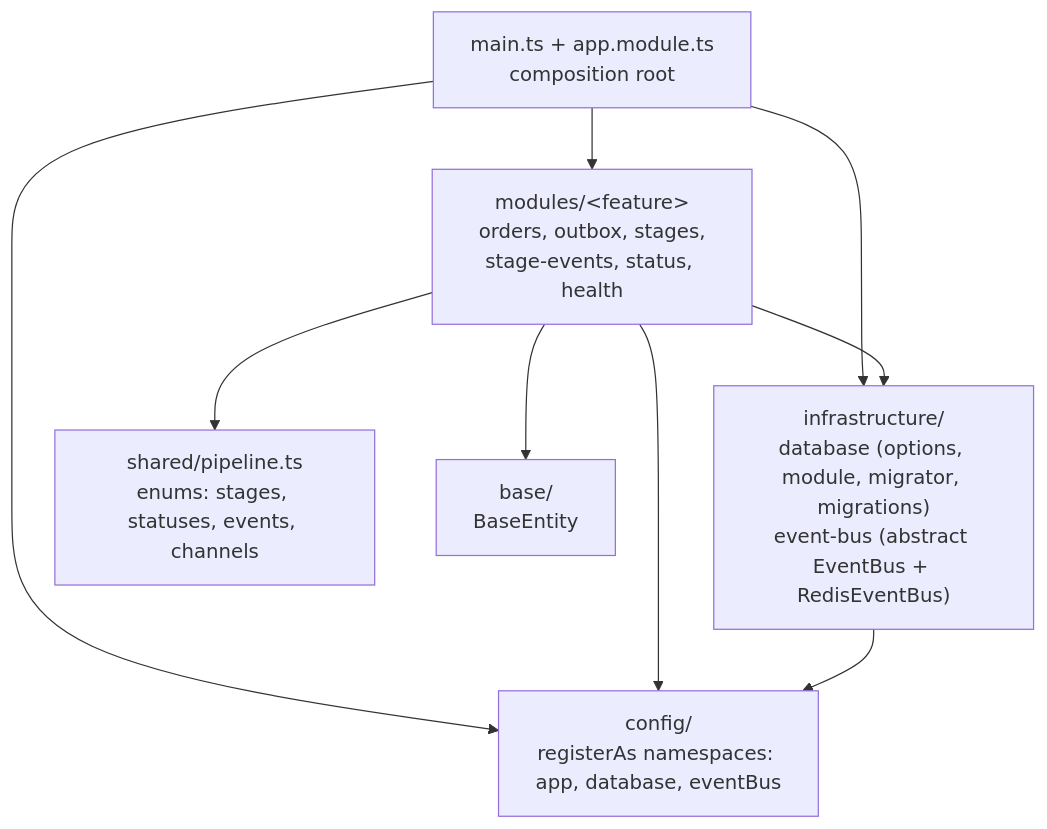
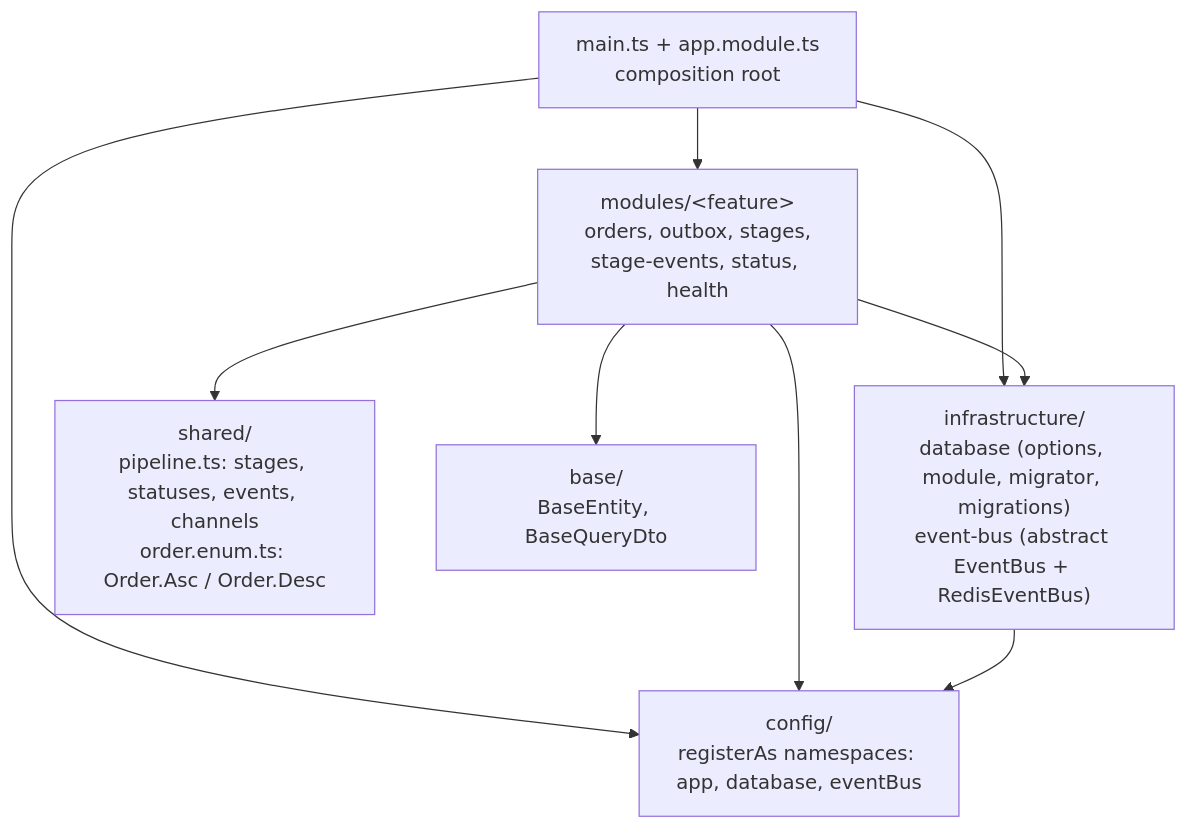
Before and after one commit to Mootaz12/order-outbox-lab: the third of 4 diagrams in docs/architecture.md, drawn with Mermaid. The commit also changed other lines of this file and 38 other files, not shown here.

Commit message:
Add query DTOs with Order enum, snake-case naming strategy, and Node 24 image

````diff
--- a/docs/architecture.md
+++ b/docs/architecture.md
@@ -71,18 +71,18 @@
 ```mermaid
 flowchart TD
     main["main.ts + app.module.ts<br/>composition root"]
     modules["modules/&lt;feature&gt;<br/>orders, outbox, stages,<br/>stage-events, status, health"]
     infra["infrastructure/<br/>database (options, module, migrator, migrations)<br/>event-bus (abstract EventBus + RedisEventBus)"]
-    shared["shared/pipeline.ts<br/>enums: stages, statuses, events, channels"]
+    shared["shared/<br/>pipeline.ts: stages, statuses, events, channels<br/>order.enum.ts: Order.Asc / Order.Desc"]
     config["config/<br/>registerAs namespaces: app, database, eventBus"]
-    base["base/<br/>BaseEntity"]
+    base["base/<br/>BaseEntity, BaseQueryDto"]
 
     main --> modules
     main --> infra
     main --> config
     modules --> infra
     modules --> shared
     modules --> config
     modules --> base
     infra --> config
 ```
````
